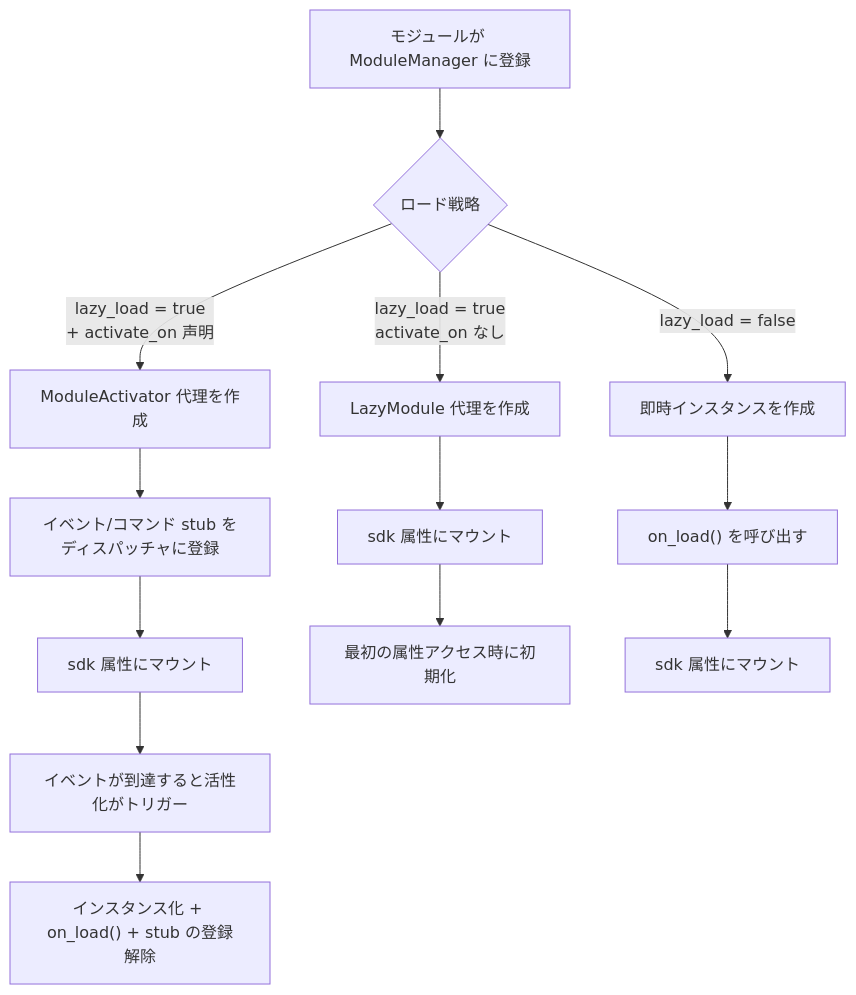
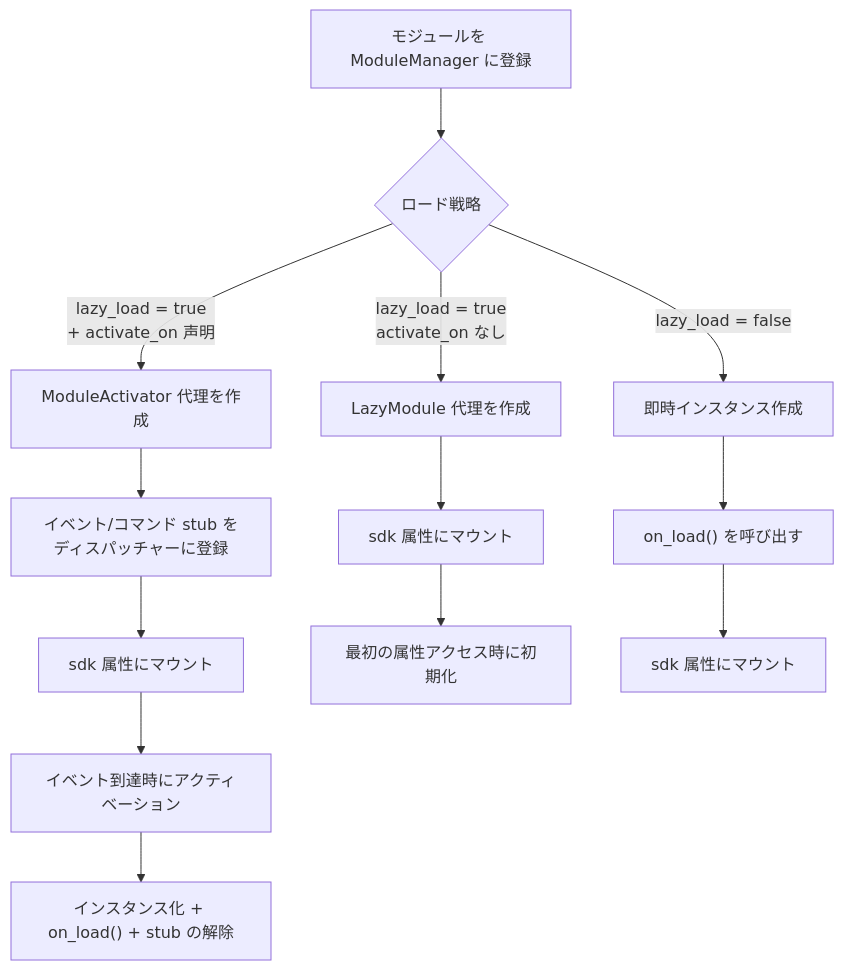
The sixth of 9 diagrams in docs/ja/architecture.md (ErisPulse/ErisPulse), drawn with Mermaid before and after one commit. The commit also changed other lines of this file and 622 other files, not shown here.

````diff
--- a/docs/ja/architecture.md
+++ b/docs/ja/architecture.md
@@ -199,15 +197,15 @@
 ```mermaid
 flowchart TD
-    A["モジュールが ModuleManager に登録"] --> B{"ロード戦略"}
+    A["モジュールを ModuleManager に登録"] --> B{"ロード戦略"}
     B -->|"lazy_load = true<br/>+ activate_on 声明"| C["ModuleActivator 代理を作成"]
     B -->|"lazy_load = true<br/>activate_on なし"| D["LazyModule 代理を作成"]
-    B -->|"lazy_load = false"| E["即時インスタンスを作成"]
-    C --> F["イベント/コマンド stub をディスパッチャに登録"]
+    B -->|"lazy_load = false"| E["即時インスタンス作成"]
+    C --> F["イベント/コマンド stub をディスパッチャーに登録"]
     F --> G["sdk 属性にマウント"]
-    G --> H["イベントが到達すると活性化がトリガー"]
-    H --> I["インスタンス化 + on_load() + stub の登録解除"]
+    G --> H["イベント到達時にアクティベーション"]
+    H --> I["インスタンス化 + on_load() + stub の解除"]
     D --> J["sdk 属性にマウント"]
     J --> K["最初の属性アクセス時に初期化"]
     E --> L["on_load() を呼び出す"]
     L --> M["sdk 属性にマウント"]
 ```
````
